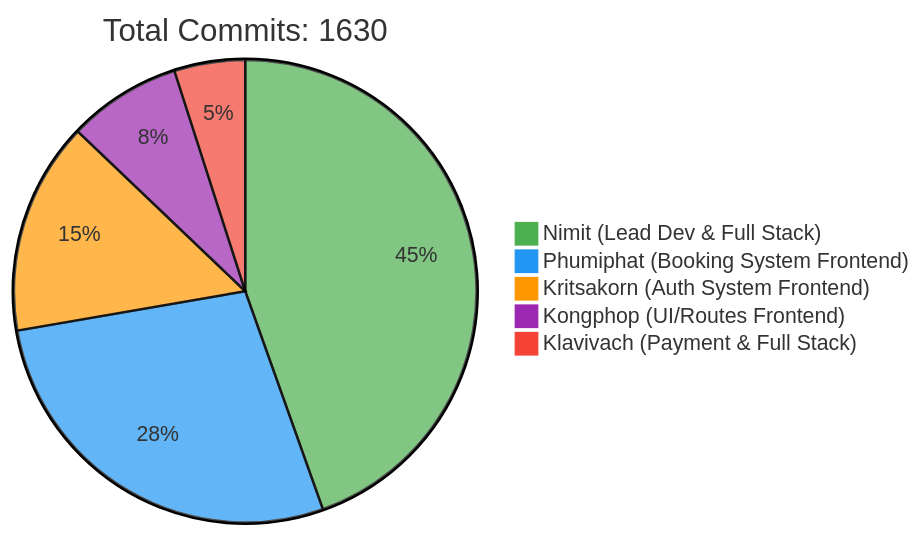
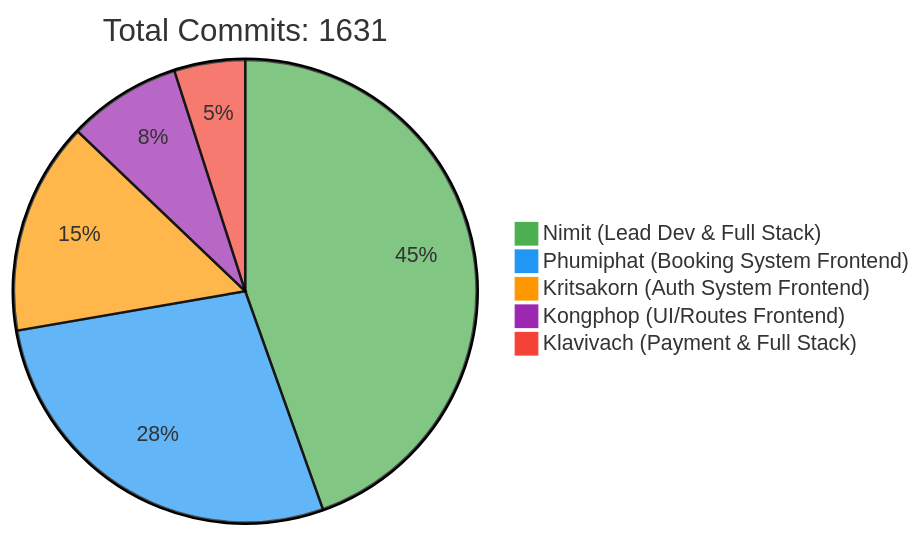
The first of 2 diagrams in README.md (6531503042/Sport-Complex), drawn with Mermaid before and after one commit. The commit also changed other lines of this file, not shown here.

Commit message:
docs: Update contributor statistics [skip ci]

````diff
--- a/README.md
+++ b/README.md
@@ -257,10 +257,10 @@
 ```mermaid
 %%{init: {'theme': 'base', 'themeVariables': { 'pie1': '#4CAF50', 'pie2': '#2196F3', 'pie3': '#FF9800', 'pie4': '#9C27B0', 'pie5': '#F44336'}}}%%
 pie
-    title Total Commits: 1630
+    title Total Commits: 1631
     "Nimit (Lead Dev & Full Stack)" : 450
     "Phumiphat (Booking System Frontend)" : 280
     "Kritsakorn (Auth System Frontend)" : 150
     "Kongphop (UI/Routes Frontend)" : 80
     "Klavivach (Payment & Full Stack)" : 50
 ```
````
